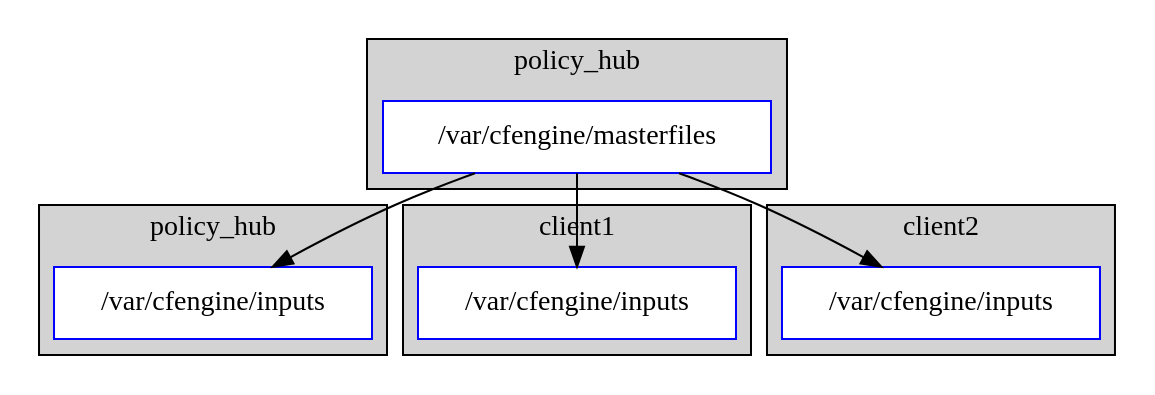
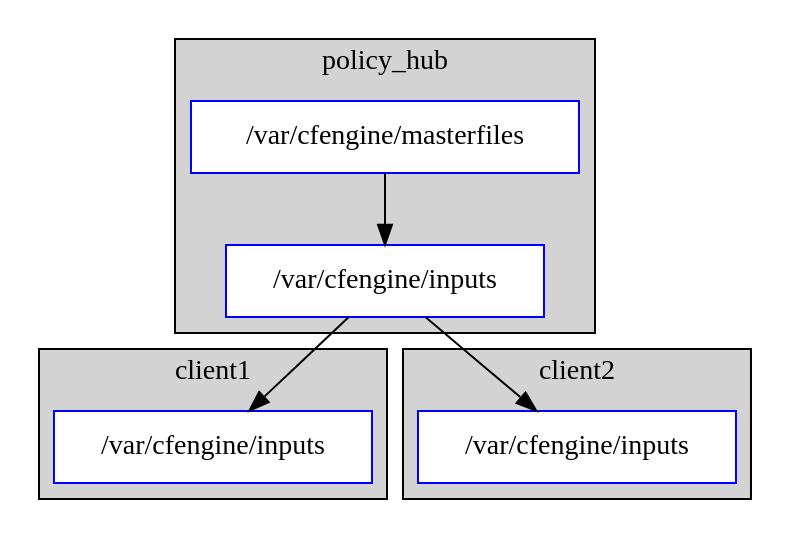
The diagram in policy_propagation.dot (bahamat/cf-primer), drawn with Graphviz before and after one commit. The commit also changed 3 other files, not shown here.

```diff
--- a/policy_propagation.dot
+++ b/policy_propagation.dot
@@ -1,37 +1,37 @@
 digraph policy_propagation {
   node [ shape = box ];
 
   subgraph cluster_0 {
     h_masterfiles [ label = "/var/cfengine/masterfiles" color = blue style = filled fillcolor = white ]
-//    h_inputs [ label = "/var/cfengine/inputs" color = blue style = filled fillcolor = white ]
-//    h_masterfiles -> h_inputs;
+    h_inputs [ label = "/var/cfengine/inputs" color = blue style = filled fillcolor = white ]
+    h_masterfiles -> h_inputs;
     label = "policy_hub";
     style = filled;
   }
 
-  subgraph cluster_0b {
-    c0b_inputs [ label = "/var/cfengine/inputs" color = blue style = filled fillcolor = white ]
-    c0b_inputs;
-    label = "policy_hub";
-    style = filled;
-  }
+  // subgraph cluster_0b {
+    // c0b_inputs [ label = "/var/cfengine/inputs" color = blue style = filled fillcolor = white ]
+    // c0b_inputs;
+    // label = "policy_hub";
+    // style = filled;
+  // }
 
   subgraph cluster_1 {
     c1_inputs [ label = "/var/cfengine/inputs" color = blue style = filled fillcolor = white ]
     c1_inputs;
     label = "client1";
     style = filled;
   }
 
   subgraph cluster_2 {
     c2_inputs [ label = "/var/cfengine/inputs" color = blue style = filled fillcolor = white ]
     c2_inputs;
     label = "client2";
     style = filled;
   }
 
-  h_masterfiles -> c0b_inputs;
-  h_masterfiles -> c1_inputs;
-  h_masterfiles -> c2_inputs;
+  // h_masterfiles -> c0b_inputs;
+  h_inputs -> c1_inputs;
+  h_inputs -> c2_inputs;
 
 }
```
